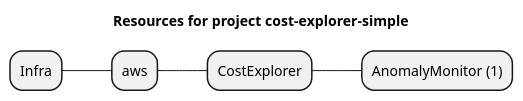
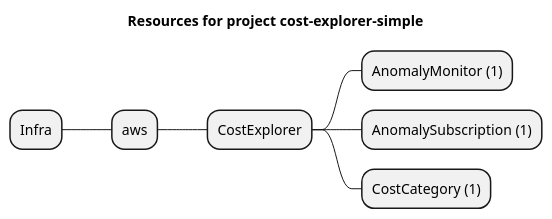
Before and after one commit to grucloud/grucloud: the diagram in examples/aws/CostExplorer/cost-explorer-simple/artifacts/resources-mindmap.puml, drawn with PlantUML. The commit also changed 22 other files, not shown here.

```diff
--- a/examples/aws/CostExplorer/cost-explorer-simple/artifacts/resources-mindmap.puml
+++ b/examples/aws/CostExplorer/cost-explorer-simple/artifacts/resources-mindmap.puml
@@ -1,8 +1,10 @@
 @startmindmap
 title Resources for project cost-explorer-simple
 skinparam monochrome true
 + Infra
 ++ aws
 +++ CostExplorer
 ++++ AnomalyMonitor (1)
+++++ AnomalySubscription (1)
+++++ CostCategory (1)
 @endmindmap
```
